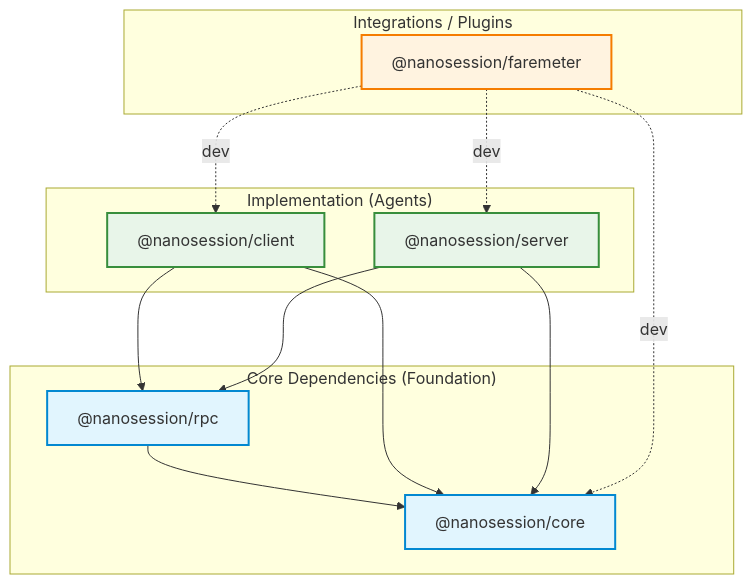
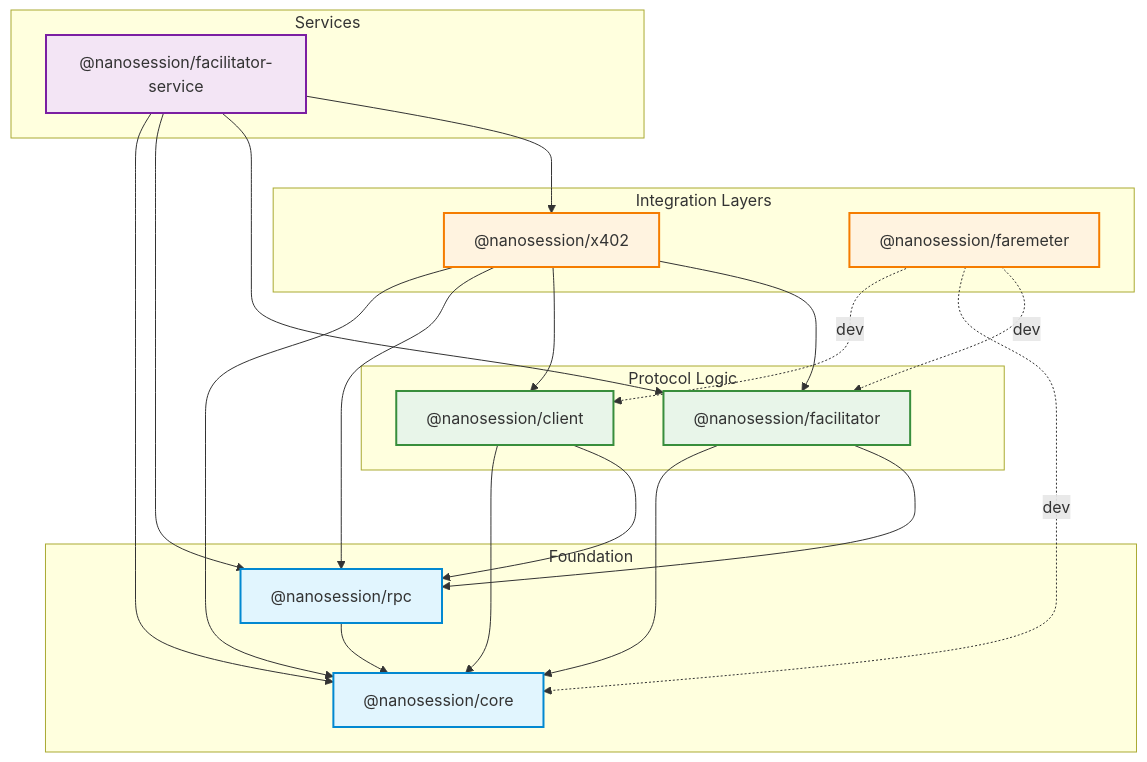
One commit to CasualSecurityInc/x402.NanoSession changed the diagram in packages/interdependencies.md. Above: the diagram before and after it, drawn with Mermaid. The commit also changed other lines of this file, not shown here.

Commit message:
docs: update package interdependency graph
- Add @nanosession/x402 and @nanosession/facilitator-service to Mermaid graph
- Add note about GitHub rendering for Mermaid content

````diff
--- a/packages/interdependencies.md
+++ b/packages/interdependencies.md
@@ -1,37 +4,52 @@
 ```mermaid
 graph TD
     %% Tiers definition
-    subgraph "Core Dependencies (Foundation)"
+    subgraph "Foundation"
         Core["@nanosession/core"]
         RPC["@nanosession/rpc"]
     end
 
-    subgraph "Implementation (Agents)"
-        Server["@nanosession/server"]
+    subgraph "Protocol Logic"
         Client["@nanosession/client"]
+        Facilitator["@nanosession/facilitator"]
     end
 
-    subgraph "Integrations / Plugins"
+    subgraph "Integration Layers"
+        X402["@nanosession/x402"]
         Faremeter["@nanosession/faremeter"]
+    end
+
+    subgraph "Services"
+        Service["@nanosession/facilitator-service"]
     end
 
     %% Solid lines for dependencies
     RPC --> Core
     Client --> Core
     Client --> RPC
-    Server --> Core
-    Server --> RPC
+    Facilitator --> Core
+    Facilitator --> RPC
+    X402 --> Core
+    X402 --> RPC
+    X402 --> Client
+    X402 --> Facilitator
+    Service --> Core
+    Service --> RPC
+    Service --> Facilitator
+    Service --> X402
 
     %% Dotted lines for devDependencies
     Faremeter -.->|"dev"| Client
-    Faremeter -.->|"dev"| Server
     Faremeter -.->|"dev"| Core
+    Faremeter -.->|"dev"| Facilitator
 
-    classDef core fill:#e1f5fe,stroke:#0288d1,stroke-width:2px;
-    classDef agent fill:#e8f5e9,stroke:#388e3c,stroke-width:2px;
-    classDef plugin fill:#fff3e0,stroke:#f57c00,stroke-width:2px;
+    classDef foundation fill:#e1f5fe,stroke:#0288d1,stroke-width:2px;
+    classDef logic fill:#e8f5e9,stroke:#388e3c,stroke-width:2px;
+    classDef integration fill:#fff3e0,stroke:#f57c00,stroke-width:2px;
+    classDef service fill:#f3e5f5,stroke:#7b1fa2,stroke-width:2px;
 
-    class Core,RPC core;
-    class Server,Client agent;
-    class Faremeter plugin;
+    class Core,RPC foundation;
+    class Client,Facilitator logic;
+    class X402,Faremeter integration;
+    class Service service;
 ```
````
